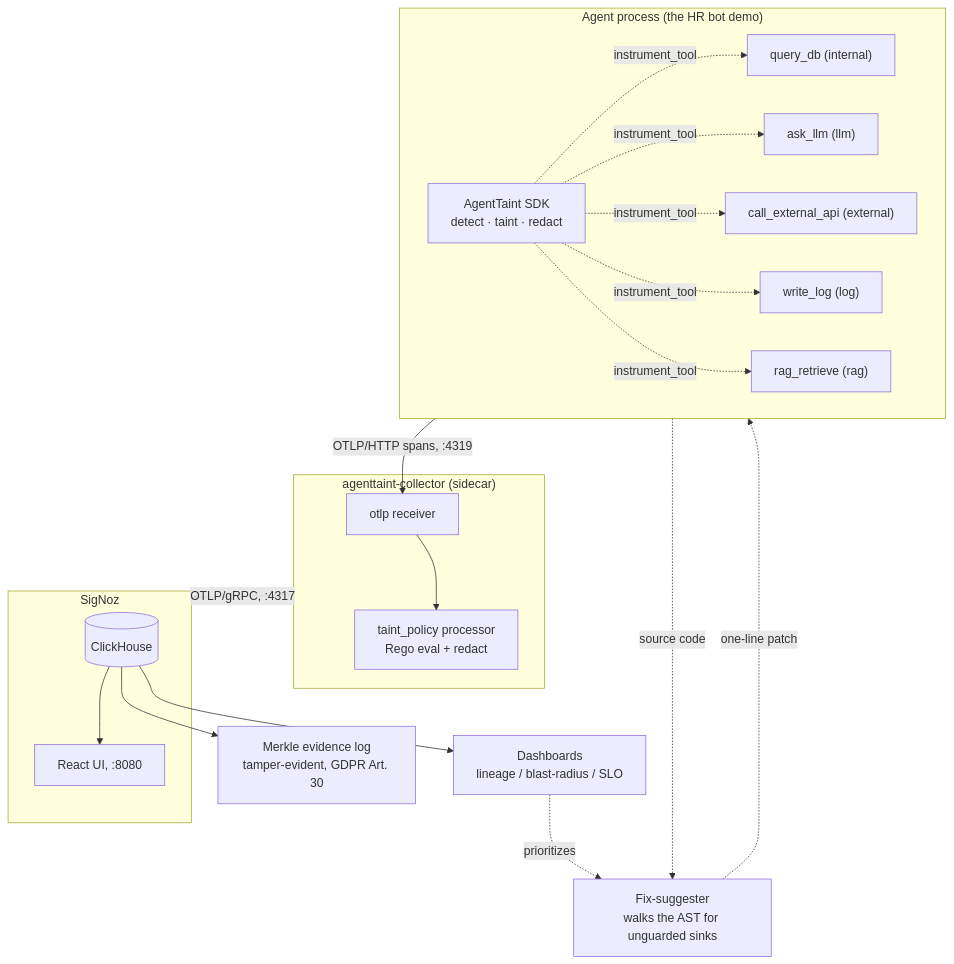
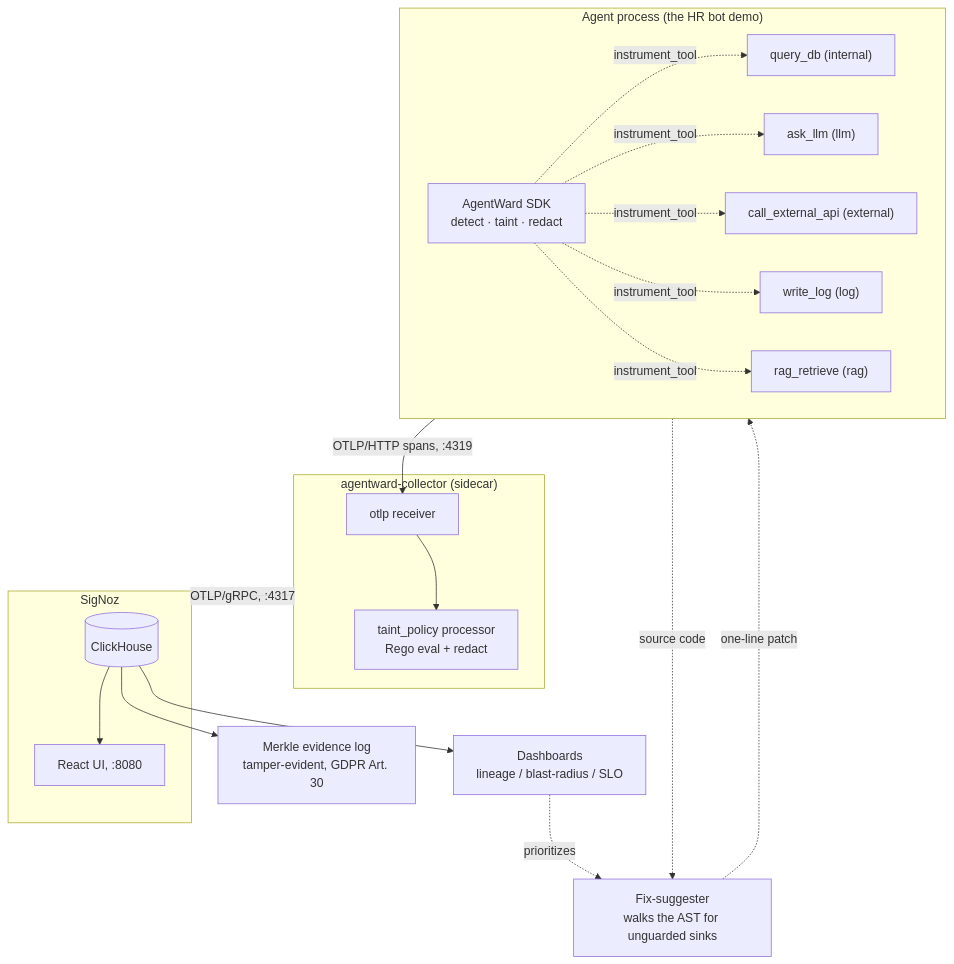
One commit to DCchoudhury15/agenttaint changed the second of 2 diagrams in README.md. Above: the diagram before and after it, drawn with Mermaid. The commit also changed other lines of this file and 41 other files, not shown here.

Commit message:
Rename project from AgentTaint to AgentWard

````diff
--- a/README.md
+++ b/README.md
@@ -56,38 +56,38 @@
 ```mermaid
 flowchart TD
     subgraph AP["Agent process (the HR bot demo)"]
-        SDK["AgentTaint SDK<br/>detect · taint · redact"]
+        SDK["AgentWard SDK<br/>detect · taint · redact"]
         T1["query_db (internal)"]
         T2["ask_llm (llm)"]
         T3["call_external_api (external)"]
         T4["write_log (log)"]
         T5["rag_retrieve (rag)"]
         SDK -. instrument_tool .-> T1
         SDK -. instrument_tool .-> T2
         SDK -. instrument_tool .-> T3
         SDK -. instrument_tool .-> T4
         SDK -. instrument_tool .-> T5
     end
 
     AP -->|"OTLP/HTTP spans, :4319"| RCV
 
-    subgraph SC["agenttaint-collector (sidecar)"]
+    subgraph SC["agentward-collector (sidecar)"]
         RCV["otlp receiver"]
         POL["taint_policy processor<br/>Rego eval + redact"]
         RCV --> POL
     end
 
     SC -->|"OTLP/gRPC, :4317"| SNZ
 
     subgraph SNZ["SigNoz"]
         CH[("ClickHouse")]
         UI["React UI, :8080"]
         CH --> UI
     end
 
     CH --> EV["Merkle evidence log<br/>tamper-evident, GDPR Art. 30"]
     CH --> DASH["Dashboards<br/>lineage / blast-radius / SLO"]
     DASH -. prioritizes .-> FIX
     AP -. source code .-> FIX["Fix-suggester<br/>walks the AST for unguarded sinks"]
     FIX -. one-line patch .-> AP
 ```
````
